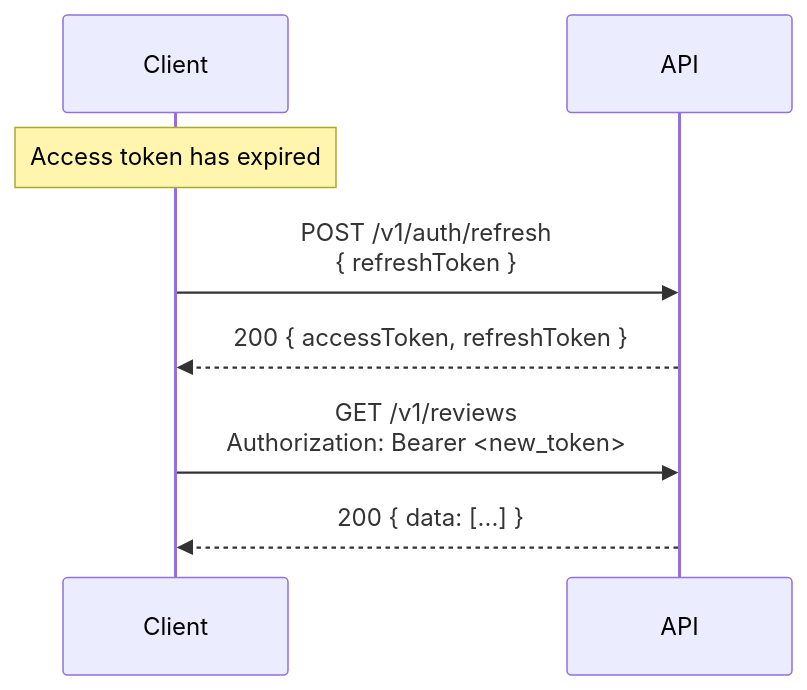
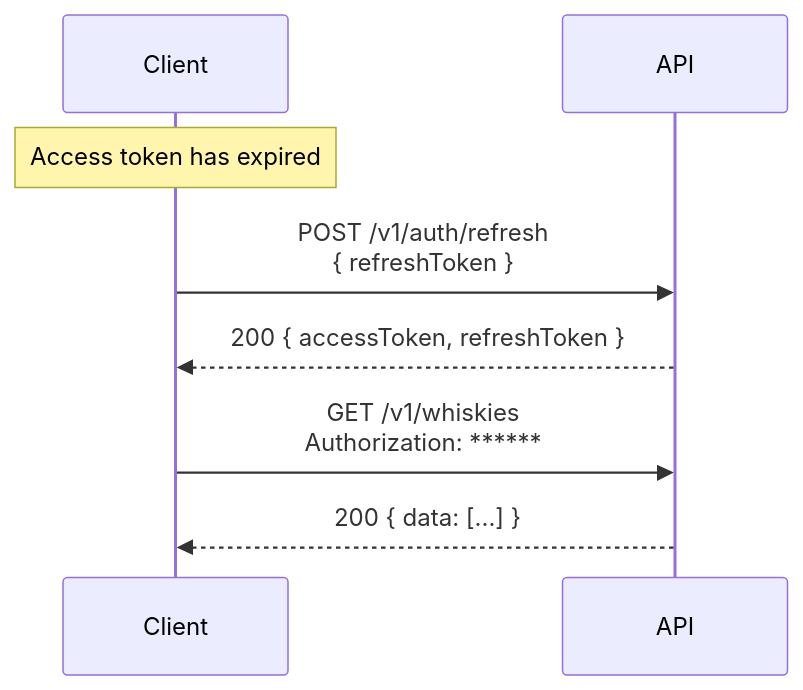
The fifth of 5 diagrams in docs/specifications/sequence-diagrams.md (dataGriff/whiskey-reviews-api), drawn with Mermaid before and after one commit. The commit also changed other lines of this file and 16 other files, not shown here.

````diff
--- a/docs/specifications/sequence-diagrams.md
+++ b/docs/specifications/sequence-diagrams.md
@@ -67,13 +89,13 @@
 ```mermaid
 sequenceDiagram
     participant Client
     participant API
 
     Note over Client: Access token has expired
 
     Client->>API: POST /v1/auth/refresh<br/>{ refreshToken }
     API-->>Client: 200 { accessToken, refreshToken }
 
-    Client->>API: GET /v1/reviews<br/>Authorization: Bearer <new_token>
+    Client->>API: GET /v1/whiskies<br/>Authorization: ******
     API-->>Client: 200 { data: [...] }
 ```
````
